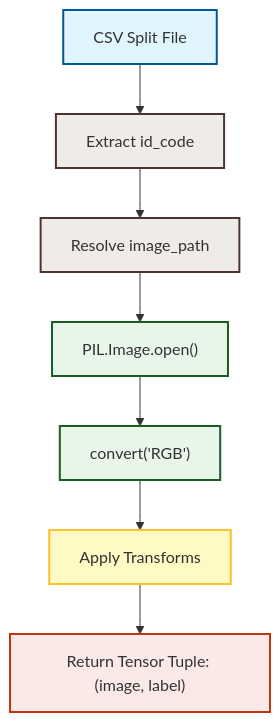
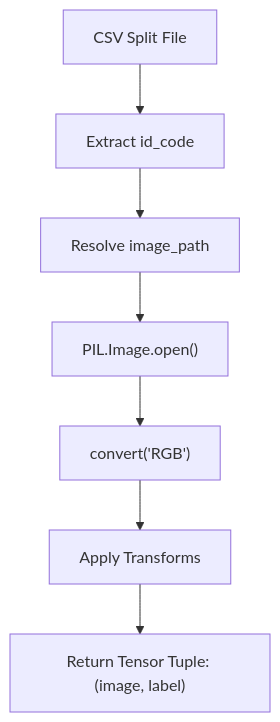
One commit to Dr-Venom29/FusionMedAI changed the second of 2 diagrams in research/Volume_02_Data_Pipeline/03_Dataset_Implementation.md. Above: the diagram before and after it, drawn with Mermaid. The commit also changed 4 other files, not shown here.

Commit message:
docs: remove custom color styles from Mermaid flowcharts in Volume 2 chapters

````diff
--- a/research/Volume_02_Data_Pipeline/03_Dataset_Implementation.md
+++ b/research/Volume_02_Data_Pipeline/03_Dataset_Implementation.md
@@ -24,17 +24,9 @@
 ```mermaid
 graph TD
     CSV["CSV Split File"] --> ID["Extract id_code"]
     ID --> Resolve["Resolve image_path"]
     Resolve --> Read["PIL.Image.open()"]
     Read --> Convert["convert('RGB')"]
     Convert --> Trans["Apply Transforms"]
     Trans --> Return["Return Tensor Tuple: (image, label)"]
-    
-    style CSV fill:#e1f5fe,stroke:#01579b,stroke-width:2px;
-    style ID fill:#efebe9,stroke:#4e342e,stroke-width:2px;
-    style Resolve fill:#efebe9,stroke:#4e342e,stroke-width:2px;
-    style Read fill:#e8f5e9,stroke:#1b5e20,stroke-width:2px;
-    style Convert fill:#e8f5e9,stroke:#1b5e20,stroke-width:2px;
-    style Trans fill:#fff9c4,stroke:#fbc02d,stroke-width:2px;
-    style Return fill:#fbe9e7,stroke:#bf360c,stroke-width:2px;
 ```
````
